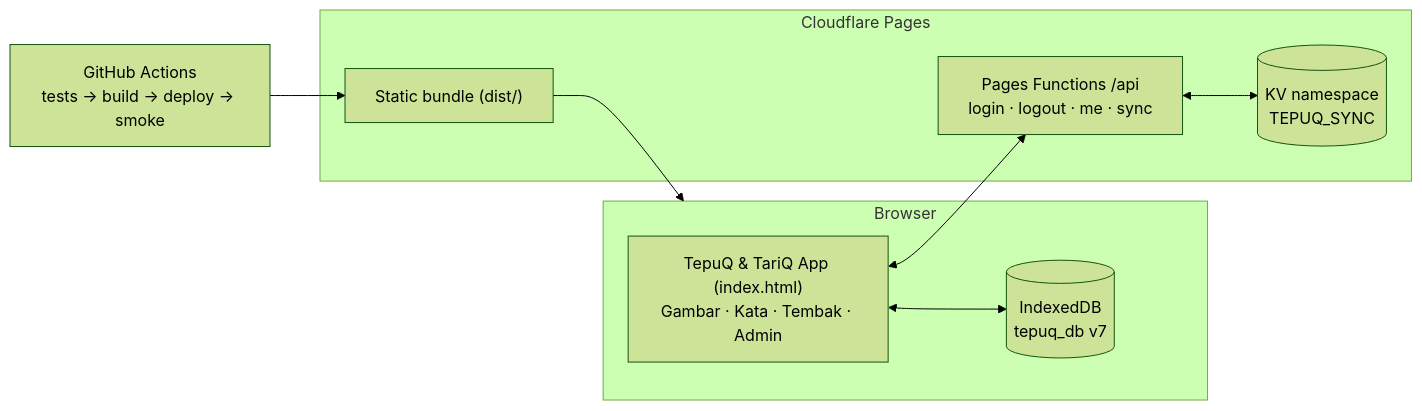
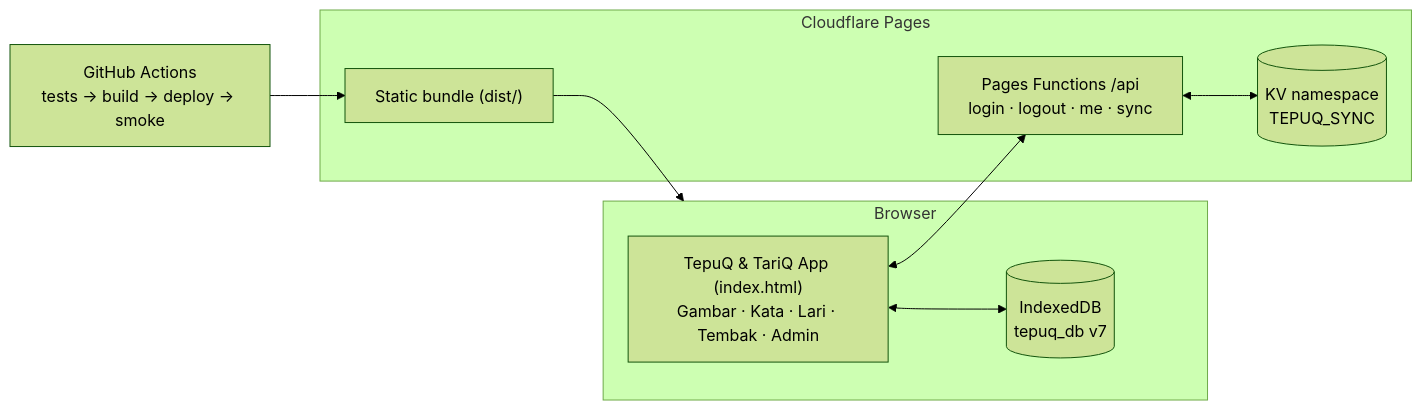
Before and after one commit to ahaqqu/TepuQ: the first of 2 diagrams in docs/architecture.md, drawn with Mermaid (forest theme). The commit also changed other lines of this file and 14 other files, not shown here.

First line of the commit message:
feat: add TepuQ Lari 3D runner as a third Game Picker entry (#58)

````diff
--- a/docs/architecture.md
+++ b/docs/architecture.md
@@ -7,21 +7,21 @@
 ```mermaid
 flowchart LR
     subgraph B ["Browser"]
-        App["TepuQ & TariQ App (index.html)<br/>Gambar · Kata · Tembak · Admin"]
+        App["TepuQ & TariQ App (index.html)<br/>Gambar · Kata · Lari · Tembak · Admin"]
         DB[(IndexedDB<br/>tepuq_db v7)]
     end
 
     subgraph C ["Cloudflare Pages"]
         Static["Static bundle (dist/)"]
         Fn["Pages Functions /api<br/>login · logout · me · sync"]
         KV[(KV namespace<br/>TEPUQ_SYNC)]
     end
 
     CI["GitHub Actions<br/>tests → build → deploy → smoke"]
 
     App <--> DB
     Static --> B
     App <--> Fn
     Fn <--> KV
     CI --> Static
 ```
````
